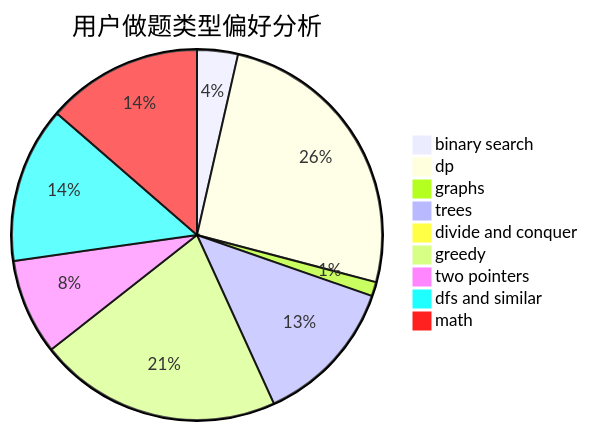
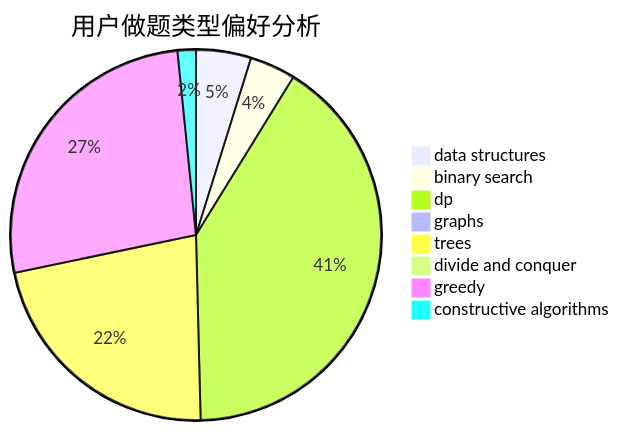
One commit to sherpahu/cfrs.github.io changed the second of 3 diagrams in docs/user/u1872.md. Above: the diagram before and after it, drawn with Mermaid. The commit also changed other lines of this file and 2775 other files, not shown here.

````diff
--- a/docs/user/u1872.md
+++ b/docs/user/u1872.md
@@ -23,12 +23,11 @@
 ```mermaid
 pie title 用户做题类型偏好分析
-    "binary search" :  23
-    "dp" :  165
-    "graphs" :  8
+    "data structures" :  18
+    "binary search" :  15
+    "dp" :  153
+    "graphs" :  1
     "trees" :  83
     "divide and conquer" :  0
-    "greedy" :  137
-    "two pointers" :  54
-    "dfs and similar" :  88
-    "math" :  88
+    "greedy" :  100
+    "constructive algorithms" :  6
 ```
````
